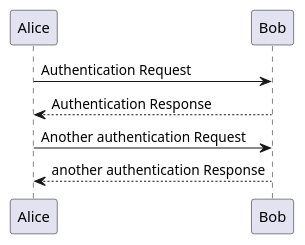
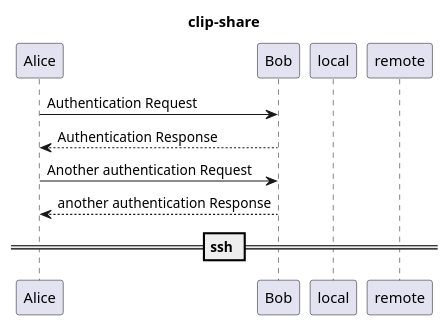
The first of 4 diagrams in README.md (umaumax/playground), drawn with PlantUML before and after one commit.

````diff
--- a/README.md
+++ b/README.md
@@ -3,9 +3,17 @@
 ```uml
 @startuml
 Alice -> Bob: Authentication Request
 Bob --> Alice: Authentication Response
 
 Alice -> Bob: Another authentication Request
 Alice <-- Bob: another authentication Response
+
+title clip-share
+
+participant "local" as Local
+participant "remote" as Remote
+
+== ssh ==
+
 @enduml
 ```
````
